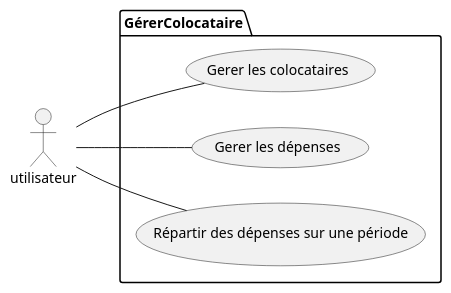
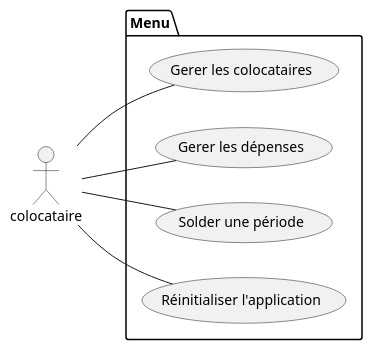
One commit to Enstso/ColocationCrous changed the second of 5 diagrams in README.md. Above: the diagram before and after it, drawn with PlantUML. The commit also changed other lines of this file and 45 other files, not shown here.

````diff
--- a/README.md
+++ b/README.md
@@ -42,11 +56,12 @@
 ```plantuml
 @startuml Solder Periode
 left to right direction
-:utilisateur:
-package GérerColocataire{
-    utilisateur--(Gerer les colocataires)
-    utilisateur--(Gerer les dépenses)
-    utilisateur--(Répartir des dépenses sur une période)
+:colocataire:
+package Menu{
+    colocataire--(Gerer les colocataires)
+    colocataire--(Gerer les dépenses)
+    colocataire--(Solder une période)
+    colocataire--(Réinitialiser l'application)
 }
 @enduml
 ```
````
